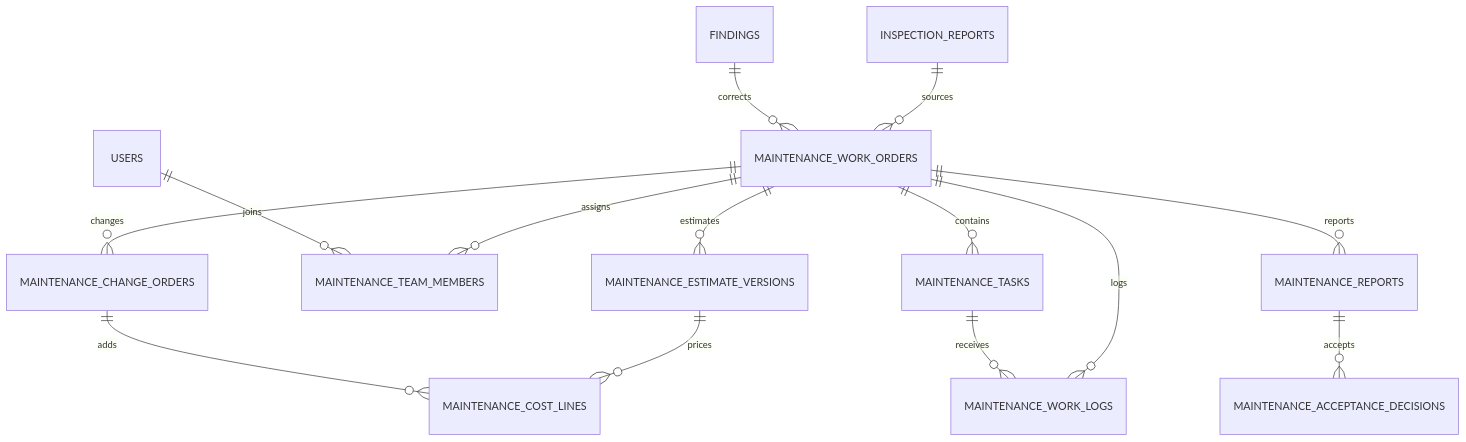
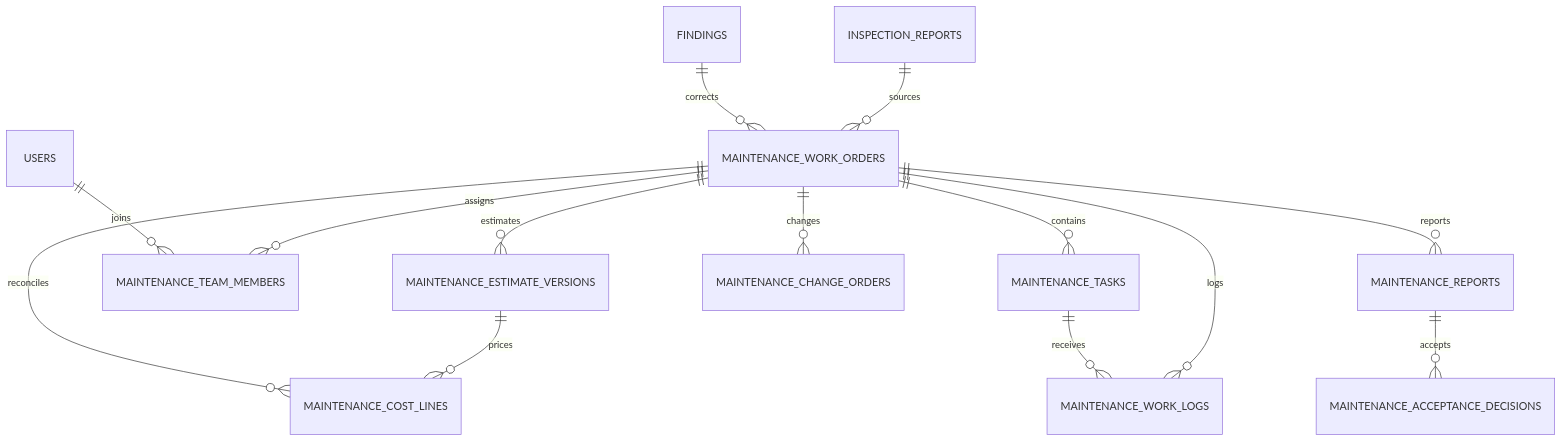
Before and after one commit to tungbach12/SmartDroneInspection-Docs: the third of 3 diagrams in project-reference/database-design.md, drawn with Mermaid. The commit also changed other lines of this file and 1 other file, not shown here.

First line of the commit message:
docs(database): update MF4 maintenance tables to streamlined canonical schema (#65)

````diff
--- a/project-reference/database-design.md
+++ b/project-reference/database-design.md
@@ -145,16 +145,16 @@
 ```mermaid
 erDiagram
     INSPECTION_REPORTS ||--o{ MAINTENANCE_WORK_ORDERS : sources
     FINDINGS ||--o{ MAINTENANCE_WORK_ORDERS : corrects
     MAINTENANCE_WORK_ORDERS ||--o{ MAINTENANCE_TASKS : contains
     MAINTENANCE_WORK_ORDERS ||--o{ MAINTENANCE_TEAM_MEMBERS : assigns
     USERS ||--o{ MAINTENANCE_TEAM_MEMBERS : joins
     MAINTENANCE_WORK_ORDERS ||--o{ MAINTENANCE_ESTIMATE_VERSIONS : estimates
     MAINTENANCE_ESTIMATE_VERSIONS ||--o{ MAINTENANCE_COST_LINES : prices
+    MAINTENANCE_WORK_ORDERS ||--o{ MAINTENANCE_COST_LINES : reconciles
     MAINTENANCE_WORK_ORDERS ||--o{ MAINTENANCE_CHANGE_ORDERS : changes
-    MAINTENANCE_CHANGE_ORDERS ||--o{ MAINTENANCE_COST_LINES : adds
     MAINTENANCE_WORK_ORDERS ||--o{ MAINTENANCE_WORK_LOGS : logs
     MAINTENANCE_TASKS ||--o{ MAINTENANCE_WORK_LOGS : receives
     MAINTENANCE_WORK_ORDERS ||--o{ MAINTENANCE_REPORTS : reports
     MAINTENANCE_REPORTS ||--o{ MAINTENANCE_ACCEPTANCE_DECISIONS : accepts
 ```
````
